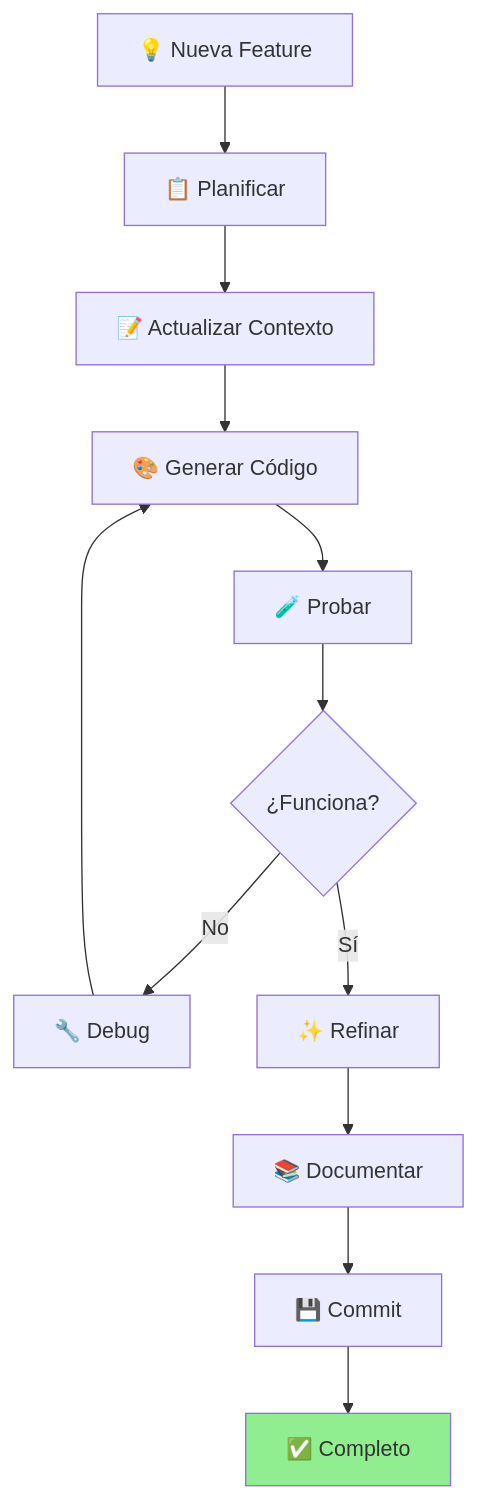
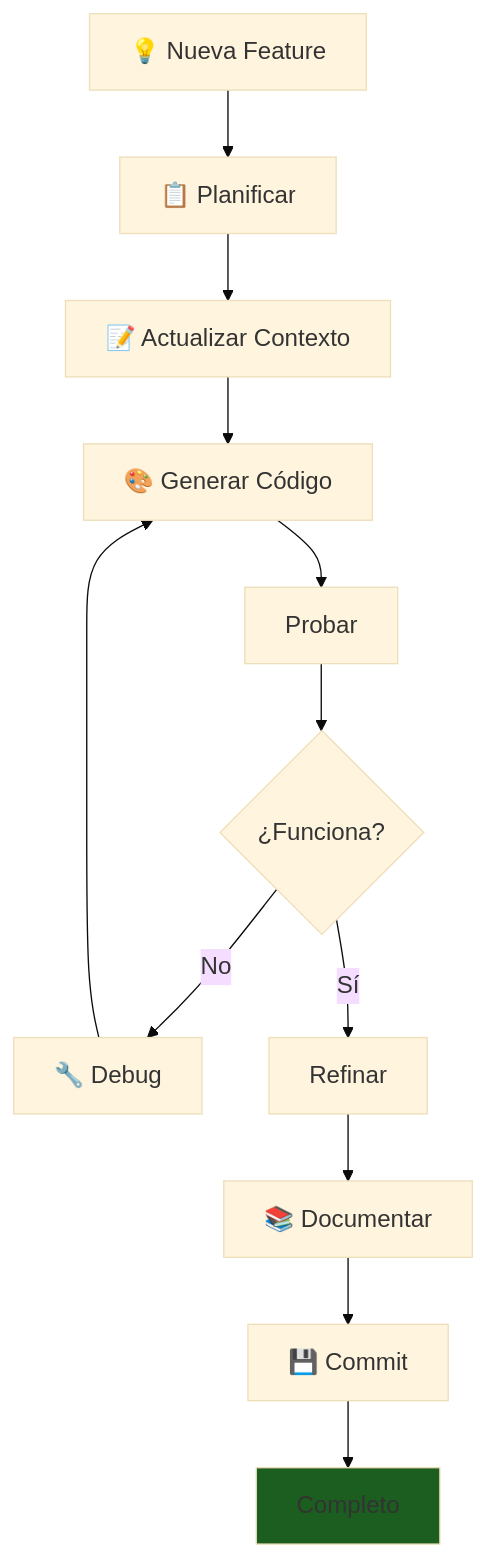
The second of 8 diagrams in courses/🟡-development/FPUNA-2026/00-FUNDAMENTOS-PRINCIPALES/06-patrones-flujo-trabajo.md (Ai-Whisperers/Courses-Content), drawn with Mermaid before and after one commit. The commit also changed other lines of this file and 47 other files, not shown here.

First line of the commit message:
fix: Make all 473 diagrams WCAG AAA accessible (FPUNA-2026)

````diff
--- a/courses/🟡-development/FPUNA-2026/00-FUNDAMENTOS-PRINCIPALES/06-patrones-flujo-trabajo.md
+++ b/courses/🟡-development/FPUNA-2026/00-FUNDAMENTOS-PRINCIPALES/06-patrones-flujo-trabajo.md
@@ -71,16 +72,17 @@
 ```mermaid
+%%{init: {'theme':'base', 'themeVariables': {'fontSize':'18px'}}}%%
 flowchart TD
     Start[💡 Nueva Feature] --> Plan[📋 Planificar]
     Plan --> Context[📝 Actualizar Contexto]
     Context --> Generate[🎨 Generar Código]
-    Generate --> Test[🧪 Probar]
+    Generate --> Test[Probar]
     Test --> Works{¿Funciona?}
     Works -->|No| Debug[🔧 Debug]
     Debug --> Generate
-    Works -->|Sí| Refine[✨ Refinar]
+    Works -->|Sí| Refine[Refinar]
     Refine --> Doc[📚 Documentar]
     Doc --> Commit[💾 Commit]
-    Commit --> Done[✅ Completo]
+    Commit --> Done[Completo]
     
-    style Done fill:#90EE90
+    style Done fill:#1b5e20
 ```
````
